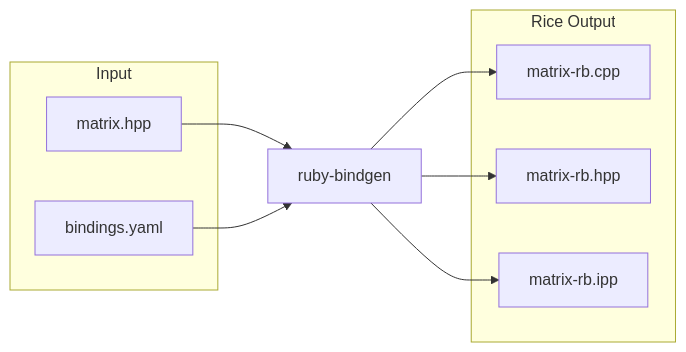
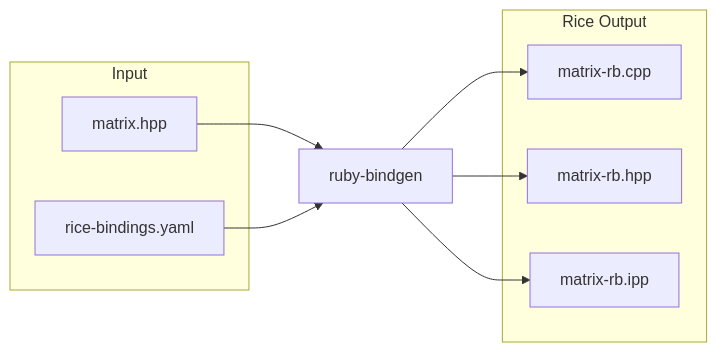
One commit to ruby-rice/ruby-bindgen changed the first of 3 diagrams in docs/cpp/cpp_bindings.md. Above: the diagram before and after it, drawn with Mermaid. The commit also changed other lines of this file and 6 other files, not shown here.

````diff
--- a/docs/cpp/cpp_bindings.md
+++ b/docs/cpp/cpp_bindings.md
@@ -43,17 +43,17 @@
 ``` mermaid
 flowchart LR
     subgraph Input
         H1["matrix.hpp"]
-        CF["bindings.yaml"]
+        CF["rice-bindings.yaml"]
     end
 
     H1 & CF --> RB["ruby-bindgen"]
 
     subgraph "Rice Output"
         R1["matrix-rb.cpp"]
         R2["matrix-rb.hpp"]
         R3["matrix-rb.ipp"]
     end
 
     RB --> R1 & R2 & R3
 ```
````
